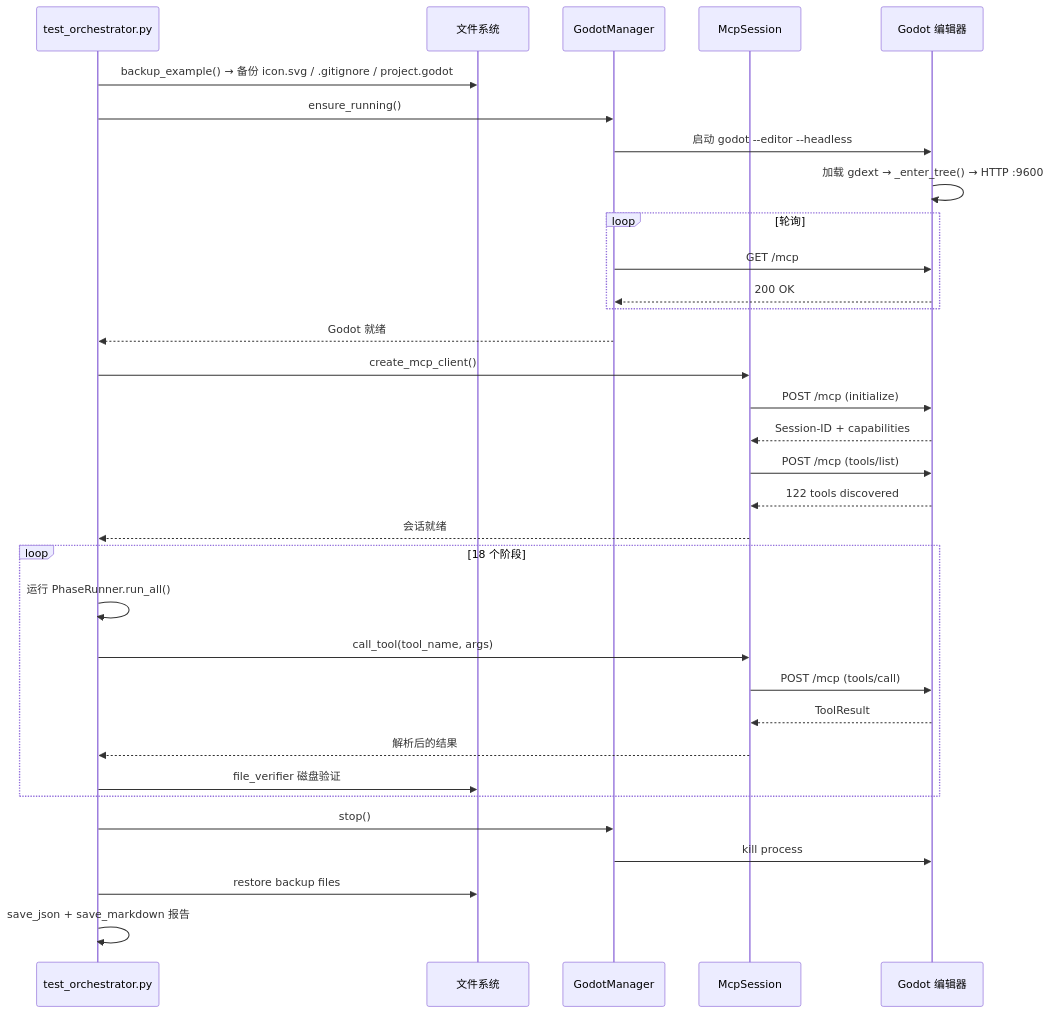
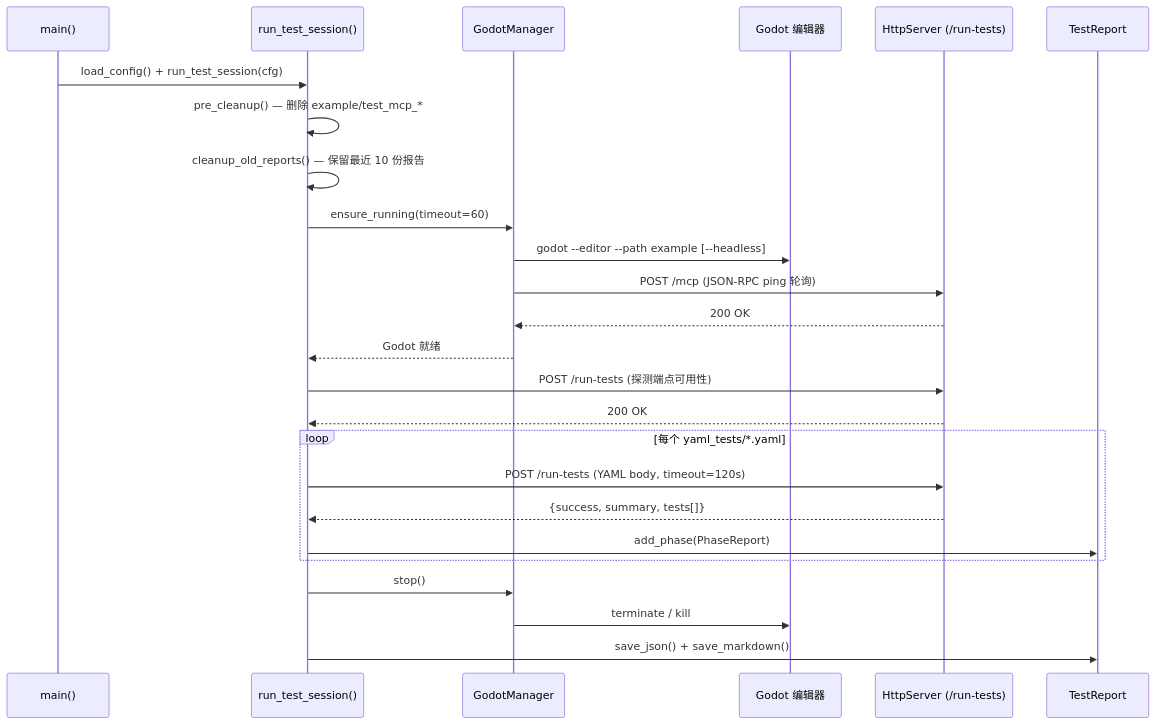
The diagram in .repo_wiki/testing/orchestrator.md (jesspig/GodotMCP-GDExtension), drawn with Mermaid before and after one commit. The commit also changed other lines of this file and 36 other files, not shown here.

````diff
--- a/.repo_wiki/testing/orchestrator.md
+++ b/.repo_wiki/testing/orchestrator.md
@@ -7,39 +7,31 @@
 ```mermaid
 sequenceDiagram
-    participant O as test_orchestrator.py
-    participant FS as 文件系统
+    participant M as main()
+    participant O as run_test_session()
     participant GM as GodotManager
-    participant MC as McpSession
     participant G as Godot 编辑器
-    
-    O->>FS: backup_example() → 备份 icon.svg / .gitignore / project.godot
-    O->>GM: ensure_running()
-    GM->>G: 启动 godot --editor --headless
-    G->>G: 加载 gdext → _enter_tree() → HTTP :9600
-    loop 轮询
-        GM->>G: GET /mcp
-        G-->>GM: 200 OK
-    end
+    participant H as HttpServer (/run-tests)
+    participant R as TestReport
+
+    M->>O: load_config() + run_test_session(cfg)
+    O->>O: pre_cleanup() — 删除 example/test_mcp_*
+    O->>O: cleanup_old_reports() — 保留最近 10 份报告
+    O->>GM: ensure_running(timeout=60)
+    GM->>G: godot --editor --path example [--headless]
+    GM->>H: POST /mcp (JSON-RPC ping 轮询)
+    H-->>GM: 200 OK
     GM-->>O: Godot 就绪
-    
-    O->>MC: create_mcp_client()
-    MC->>G: POST /mcp (initialize)
-    G-->>MC: Session-ID + capabilities
-    MC->>G: POST /mcp (tools/list)
-    G-->>MC: 122 tools discovered
-    MC-->>O: 会话就绪
 
-    loop 18 个阶段
-        O->>O: 运行 PhaseRunner.run_all()
-        O->>MC: call_tool(tool_name, args)
-        MC->>G: POST /mcp (tools/call)
-        G-->>MC: ToolResult
-        MC-->>O: 解析后的结果
-        O->>FS: file_verifier 磁盘验证
+    O->>H: POST /run-tests (探测端点可用性)
+    H-->>O: 200 OK
+
+    loop 每个 yaml_tests/*.yaml
+        O->>H: POST /run-tests (YAML body, timeout=120s)
+        H-->>O: {success, summary, tests[]}
+        O->>R: add_phase(PhaseReport)
     end
 
     O->>GM: stop()
-    GM->>G: kill process
-    O->>FS: restore backup files
-    O->>O: save_json + save_markdown 报告
+    GM->>G: terminate / kill
+    O->>R: save_json() + save_markdown()
 ```
````
